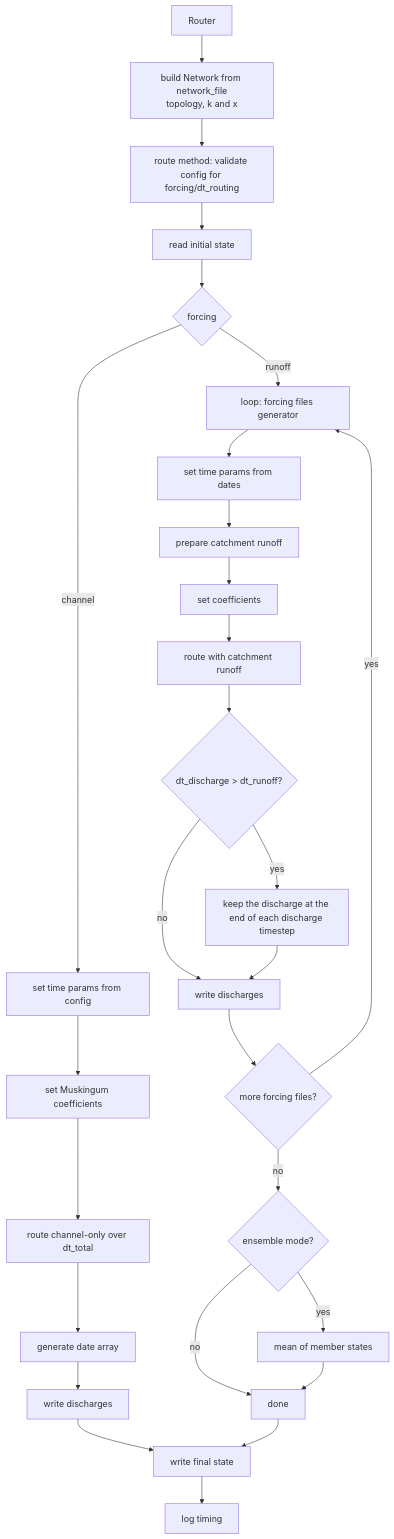
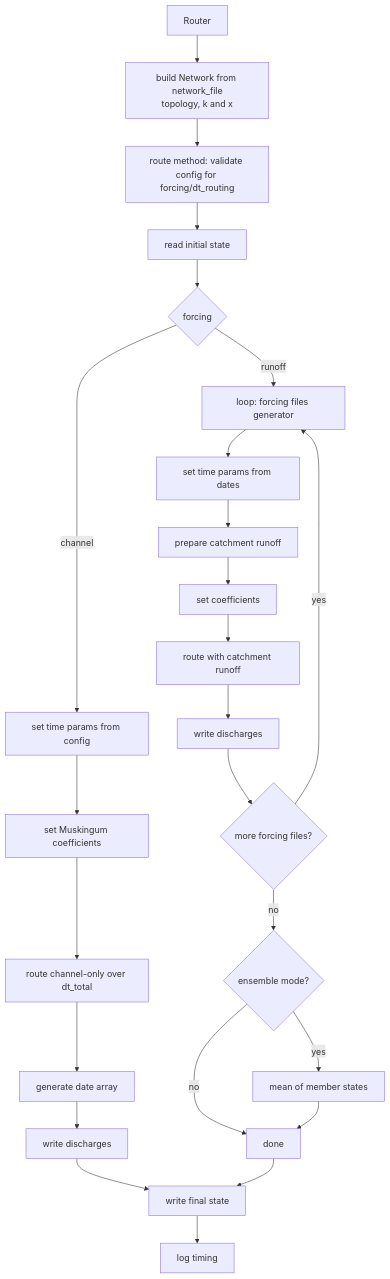
Before and after one commit to rileyhales/river-route: the diagram in docs/tutorial/advanced.md, drawn with Mermaid. The commit also changed other lines of this file and 33 other files, not shown here.

````diff
--- a/docs/tutorial/advanced.md
+++ b/docs/tutorial/advanced.md
@@ -3,33 +3,30 @@
 ```mermaid
 graph TD
     A[Router] --> C[build Network from network_file<br/>topology, k and x]
     C --> B[route method: validate config for forcing/dt_routing]
     B --> D[read initial state]
     D --> E{forcing}
 
     E -->|channel| F[set time params from config]
     F --> G[set Muskingum coefficients]
     G --> H[route channel-only over dt_total]
     H --> I[generate date array]
     I --> J[write discharges]
 
     E -->|runoff| K[loop: forcing files generator]
     K --> L[set time params from dates]
     L --> M[prepare catchment runoff]
     M --> N[set coefficients]
     N --> O[route with catchment runoff]
-    O --> P{dt_discharge > dt_runoff?}
-    P -->|yes| Q[keep the discharge at the end of each discharge timestep]
-    P -->|no| R[write discharges]
-    Q --> R
+    O --> R[write discharges]
     R --> S{more forcing files?}
     S -->|yes| K
     S -->|no| T{ensemble mode?}
     T -->|yes| U[mean of member states]
     T -->|no| V[done]
     U --> V
 
     J --> W[write final state]
     V --> W
     W --> X[log timing]
 ```
````
